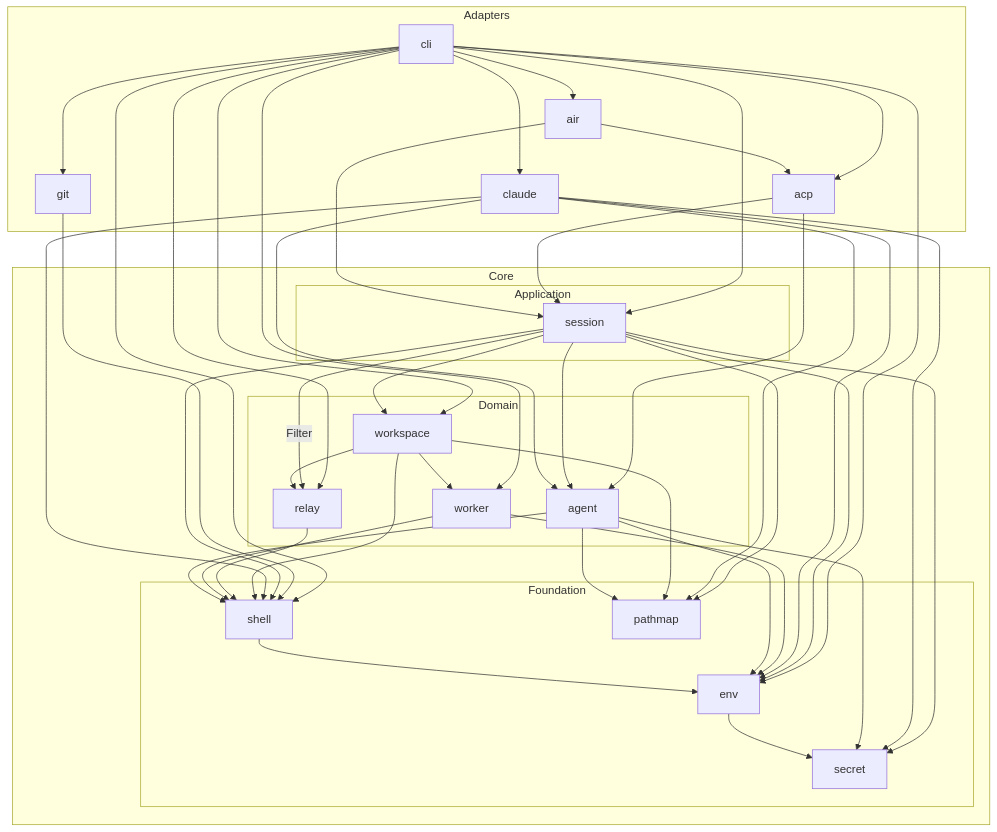
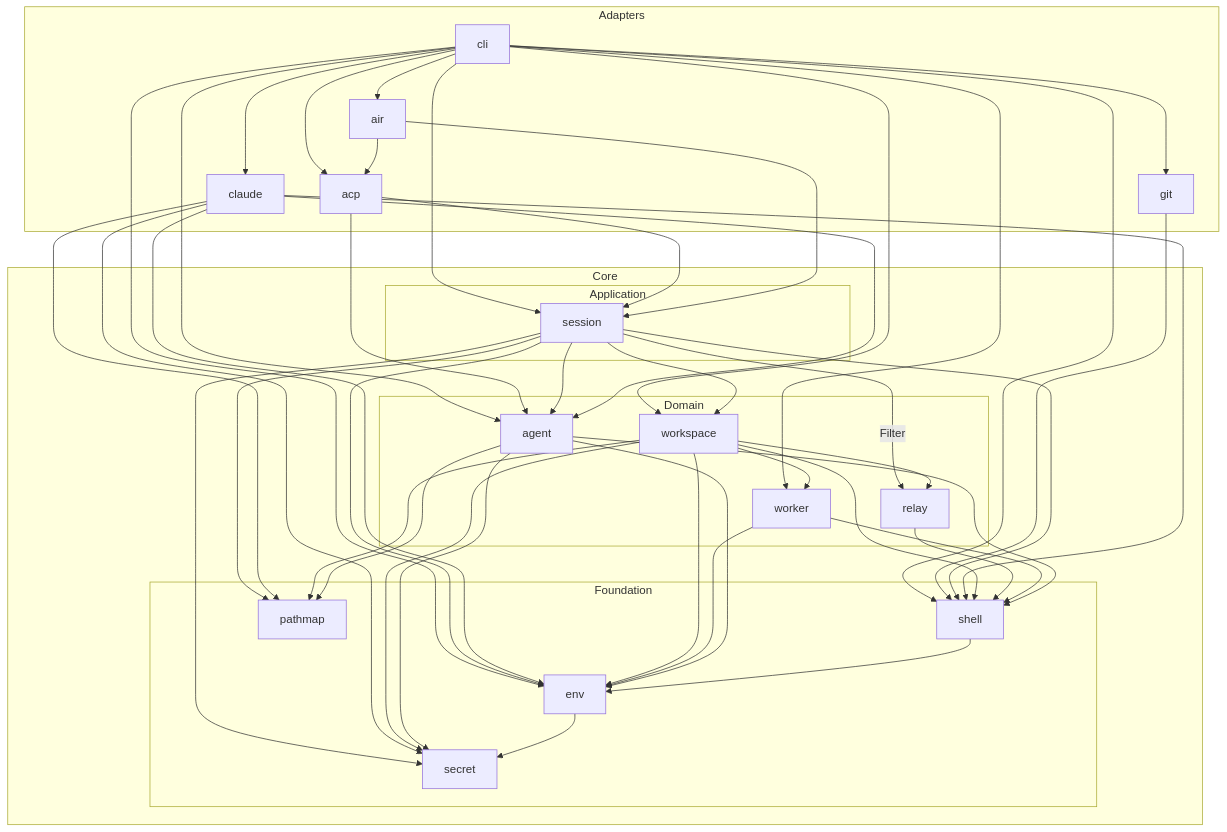
Before and after one commit to zerlok/hermod: the sixth of 15 diagrams in docs/ARCHITECTURE.md, drawn with Mermaid. The commit also changed other lines of this file and 1 other file, not shown here.

Commit message:
docs(architecture): match package dependencies to the module's imports
The dependency graph now shows cli importing agent rather than relay, and
workspace importing env and secret, as the code does. The relay row names
Roots, the type it exports, in place of Ends. Tasks 19.4 and 20.2 are
marked done.

````diff
--- a/docs/ARCHITECTURE.md
+++ b/docs/ARCHITECTURE.md
@@ -287,67 +287,69 @@
 ```mermaid
 flowchart TD
     subgraph adapters["Adapters"]
         cli
         git
         acp
         air
         claude
     end
     subgraph core["Core"]
         subgraph app["Application"]
             session
         end
         subgraph domain["Domain"]
             workspace
             worker
             relay
             agent
         end
         subgraph foundation["Foundation"]
             shell
             env
             secret
             pathmap
         end
     end
     cli --> git
     cli --> acp
     cli --> session
     cli --> air
     cli --> claude
     cli --> workspace
     cli --> worker
-    cli --> relay
+    cli --> agent
     cli --> shell
     cli --> env
     git --> shell
     acp --> session
     acp --> agent
     air --> acp
     air --> session
     session --> workspace
     session --> agent
     session -->|Filter| relay
     session --> pathmap
     session --> shell
     session --> env
     session --> secret
     claude --> agent
     claude --> shell
     claude --> pathmap
     claude --> env
     claude --> secret
     workspace --> relay
     workspace --> worker
     workspace --> pathmap
     workspace --> shell
+    workspace --> env
+    workspace --> secret
     relay --> shell
     worker --> shell
     worker --> env
     agent --> shell
     agent --> pathmap
     agent --> env
     agent --> secret
     shell --> env
     env --> secret
 ```
````
